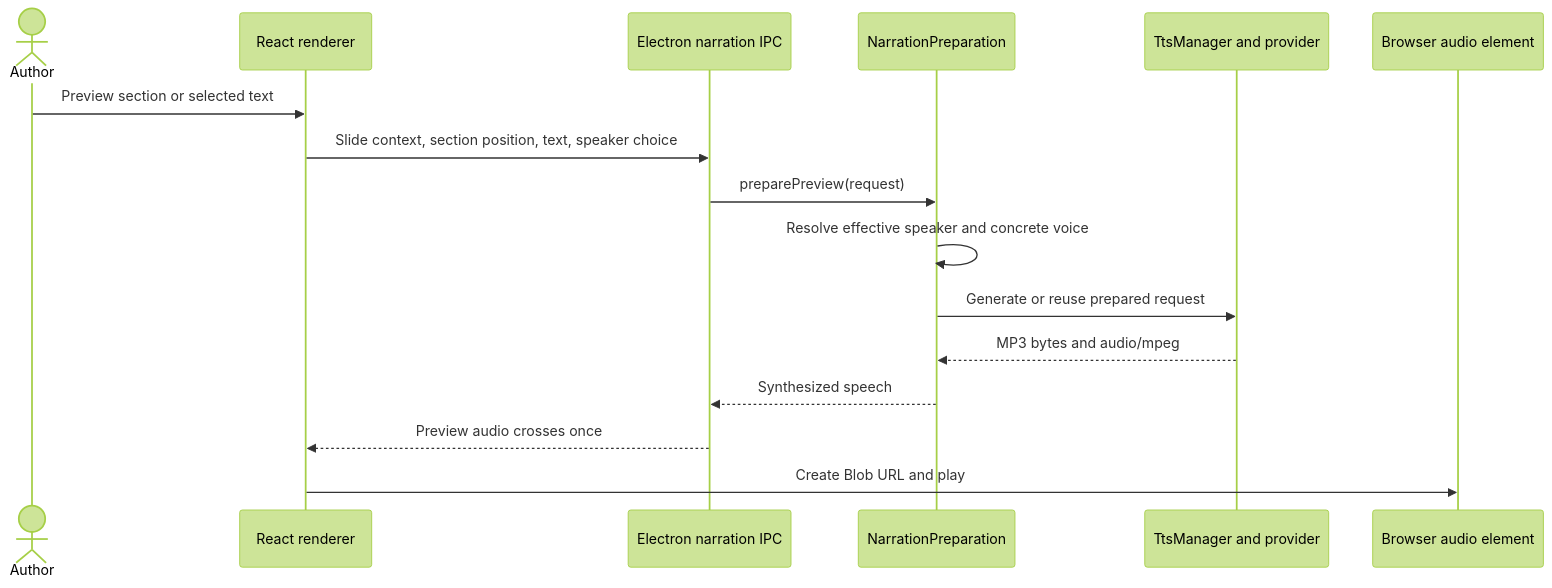
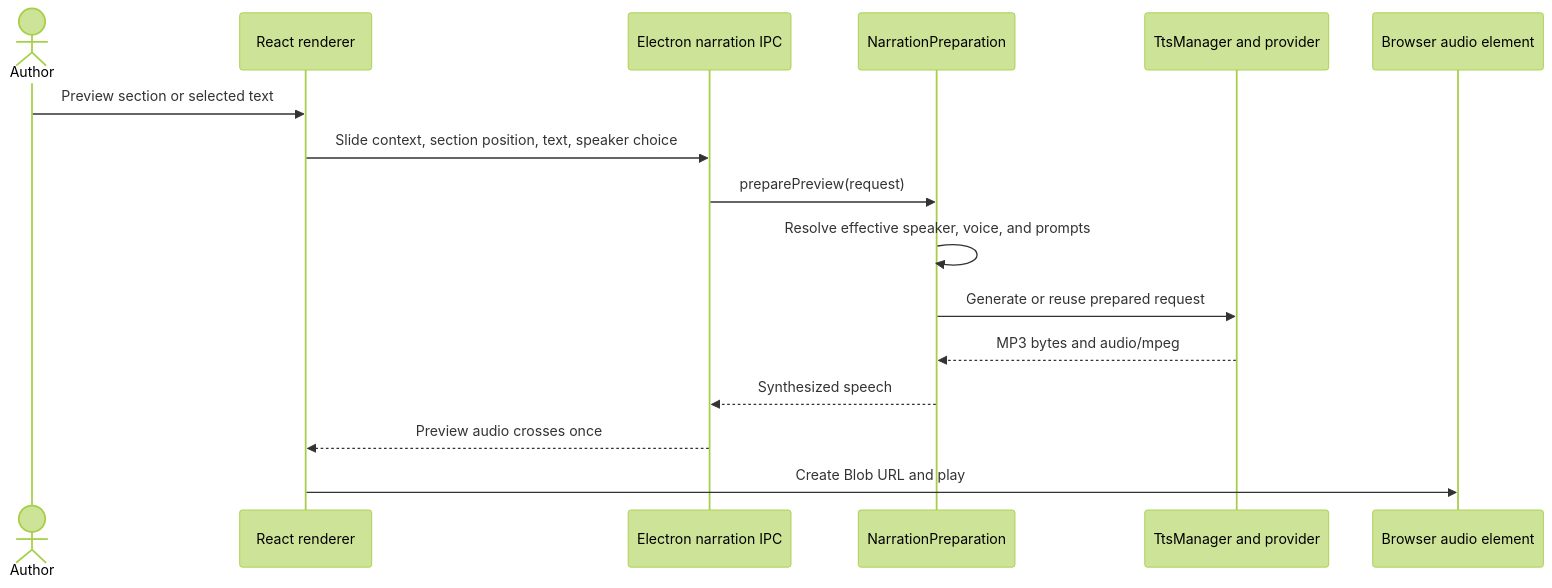
The second of 3 diagrams in README.md (power-narrator/power-narrator-fe), drawn with Mermaid (forest theme) before and after one commit. The commit also changed other lines of this file, not shown here.

Commit message:
docs(readme): include gemini voice information

````diff
--- a/README.md
+++ b/README.md
@@ -164,19 +187,19 @@
 ```mermaid
 sequenceDiagram
   actor Author
   participant UI as React renderer
   participant IPC as Electron narration IPC
   participant Prep as NarrationPreparation
   participant TTS as TtsManager and provider
   participant Audio as Browser audio element
 
   Author->>UI: Preview section or selected text
   UI->>IPC: Slide context, section position, text, speaker choice
   IPC->>Prep: preparePreview(request)
-  Prep->>Prep: Resolve effective speaker and concrete voice
+  Prep->>Prep: Resolve effective speaker, voice, and prompts
   Prep->>TTS: Generate or reuse prepared request
   TTS-->>Prep: MP3 bytes and audio/mpeg
   Prep-->>IPC: Synthesized speech
   IPC-->>UI: Preview audio crosses once
   UI->>Audio: Create Blob URL and play
 ```
````
